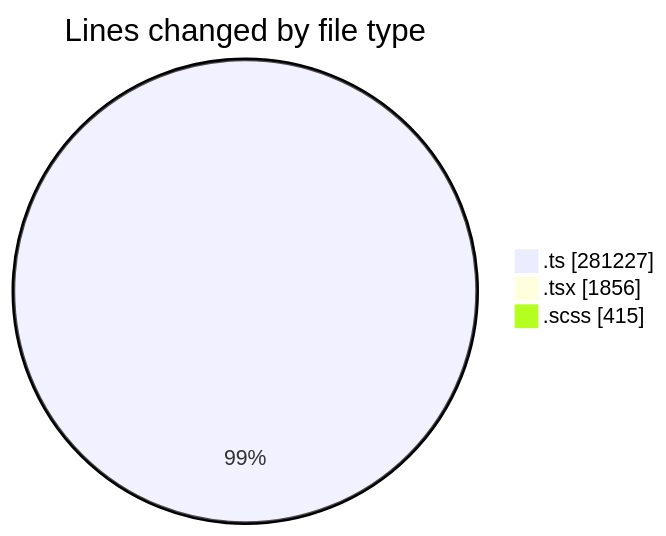
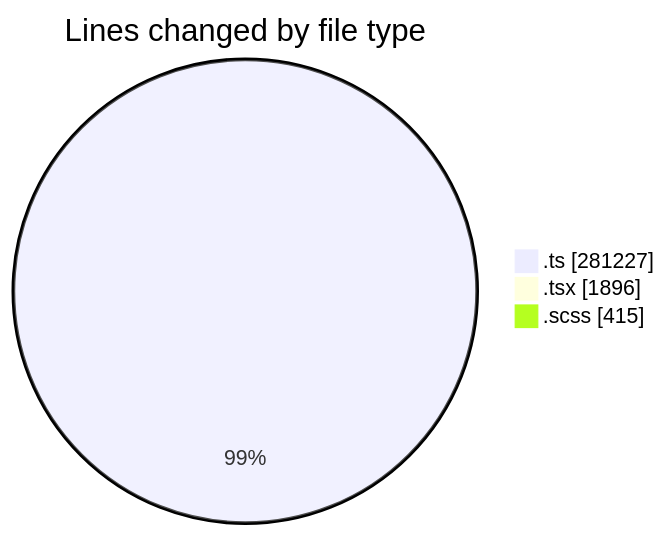
One commit to momahboobian/code-tracking changed the first of 2 diagrams in 2025-08-22/cda/README.md. Above: the diagram before and after it, drawn with Mermaid. The commit also changed other lines of this file and 1 other file, not shown here.

````diff
--- a/2025-08-22/cda/README.md
+++ b/2025-08-22/cda/README.md
@@ -41,7 +41,7 @@
 ```mermaid
 pie showData
 title Lines changed by file type
 ".ts" : 281227
-".tsx" : 1856
+".tsx" : 1896
 ".scss" : 415
 ```
````
